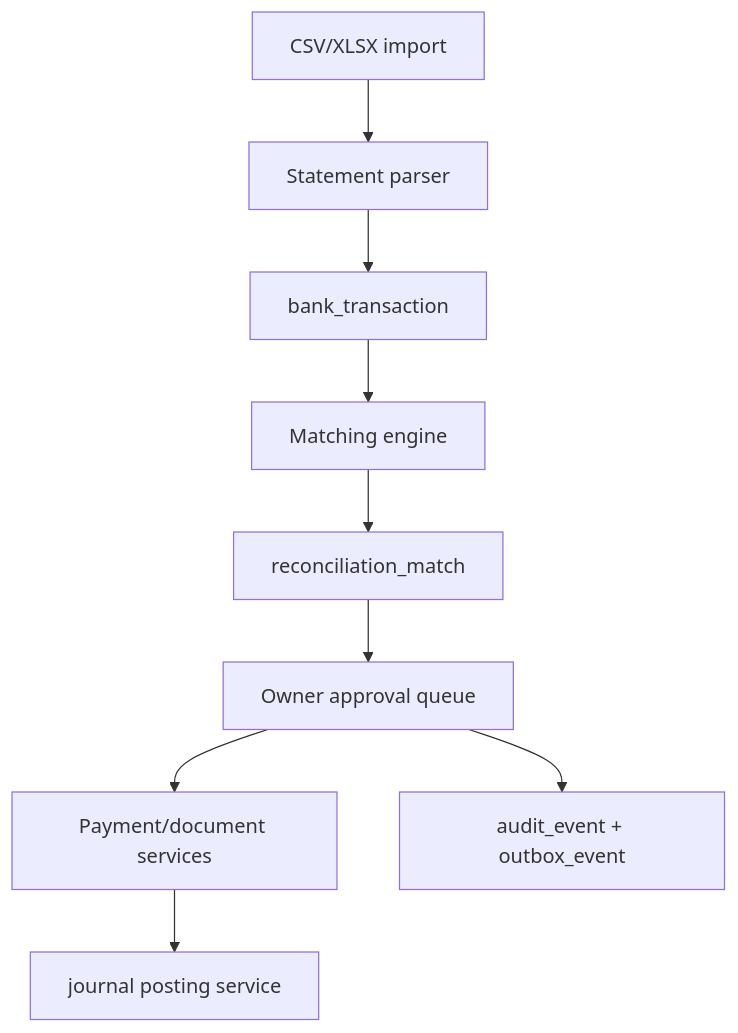
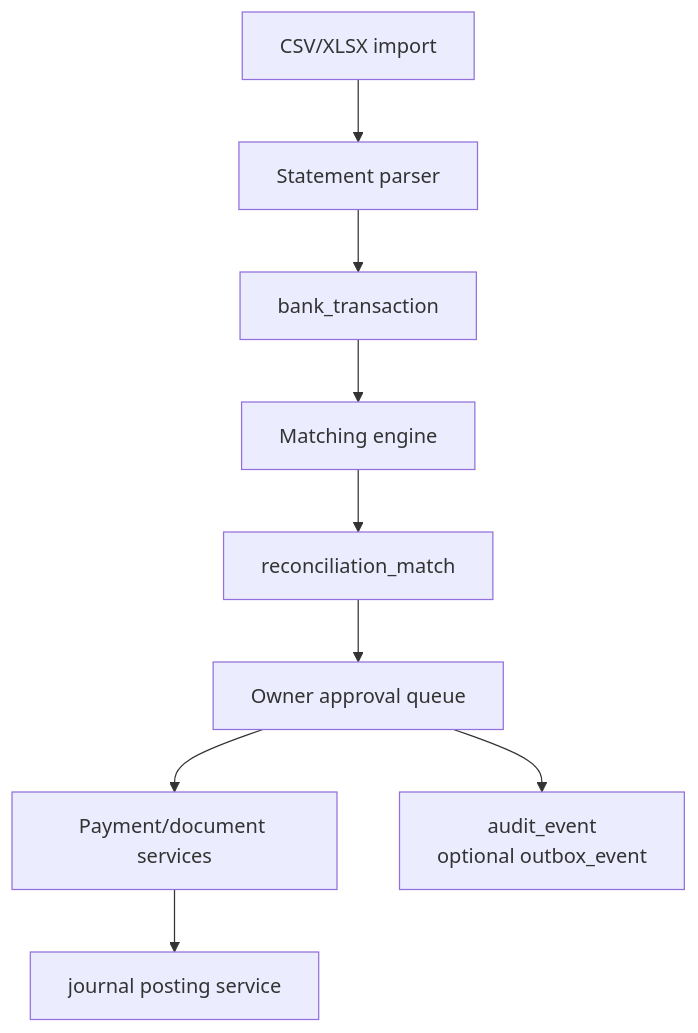
One commit to isherbuilds/edernal-books changed the first of 2 diagrams in docs/superpowers/plans/2026-06-16-phase-04-bank-reconciliation-detailed-plan.md. Above: the diagram before and after it, drawn with Mermaid. The commit also changed other lines of this file and 110 other files, not shown here.

````diff
--- a/docs/superpowers/plans/2026-06-16-phase-04-bank-reconciliation-detailed-plan.md
+++ b/docs/superpowers/plans/2026-06-16-phase-04-bank-reconciliation-detailed-plan.md
@@ -15,11 +15,11 @@
 ```mermaid
 flowchart TD
   Import["CSV/XLSX import"] --> Parser["Statement parser"]
   Parser --> Normalized["bank_transaction"]
   Normalized --> Match["Matching engine"]
   Match --> Suggestions["reconciliation_match"]
   Suggestions --> Approval["Owner approval queue"]
   Approval --> Payment["Payment/document services"]
   Payment --> Ledger["journal posting service"]
-  Approval --> Events["audit_event + outbox_event"]
+Approval --> Events["audit_event<br/>optional outbox_event"]
 ```
````
